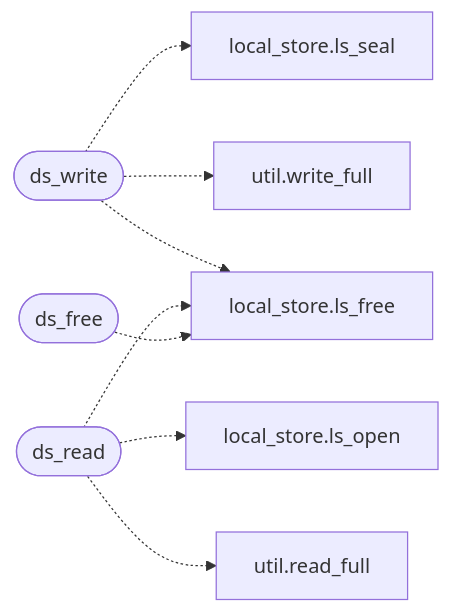
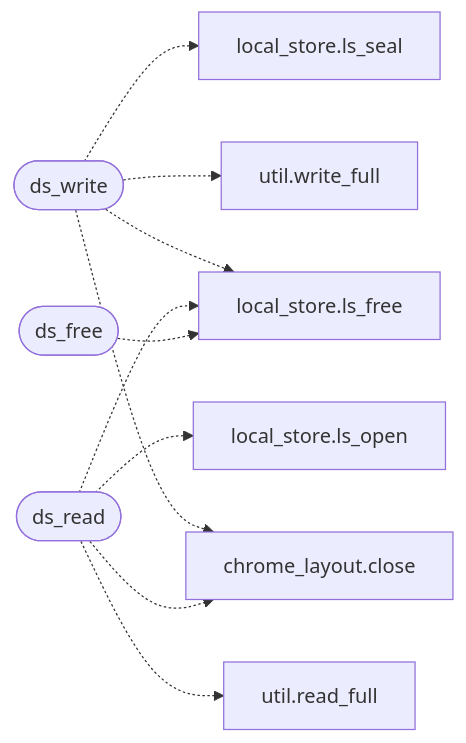
Before and after one commit to grisuno/FreeDom: the diagram in readmenator-apidocs/modules/src.disk_store.c.md, drawn with Mermaid. The commit also changed other lines of this file and 270 other files, not shown here.

````diff
--- a/readmenator-apidocs/modules/src.disk_store.c.md
+++ b/readmenator-apidocs/modules/src.disk_store.c.md
@@ -14,18 +14,21 @@
 ```mermaid
 flowchart LR
     n_src_disk_store_c__ds_write(["ds_write"])
+    n_include_chrome_layout_h__close["chrome_layout.close"]
     n_include_local_store_h__ls_free["local_store.ls_free"]
     n_include_util_h__write_full["util.write_full"]
     n_src_local_store_c__ls_seal["local_store.ls_seal"]
     n_src_disk_store_c__ds_read(["ds_read"])
     n_include_util_h__read_full["util.read_full"]
     n_src_local_store_c__ls_open["local_store.ls_open"]
     n_src_disk_store_c__ds_free(["ds_free"])
+    n_src_disk_store_c__ds_write -.-> n_include_chrome_layout_h__close
     n_src_disk_store_c__ds_write -.-> n_include_local_store_h__ls_free
     n_src_disk_store_c__ds_write -.-> n_include_util_h__write_full
     n_src_disk_store_c__ds_write -.-> n_src_local_store_c__ls_seal
+    n_src_disk_store_c__ds_read -.-> n_include_chrome_layout_h__close
     n_src_disk_store_c__ds_read -.-> n_include_local_store_h__ls_free
     n_src_disk_store_c__ds_read -.-> n_include_util_h__read_full
     n_src_disk_store_c__ds_read -.-> n_src_local_store_c__ls_open
     n_src_disk_store_c__ds_free -.-> n_include_local_store_h__ls_free
 ```
````
